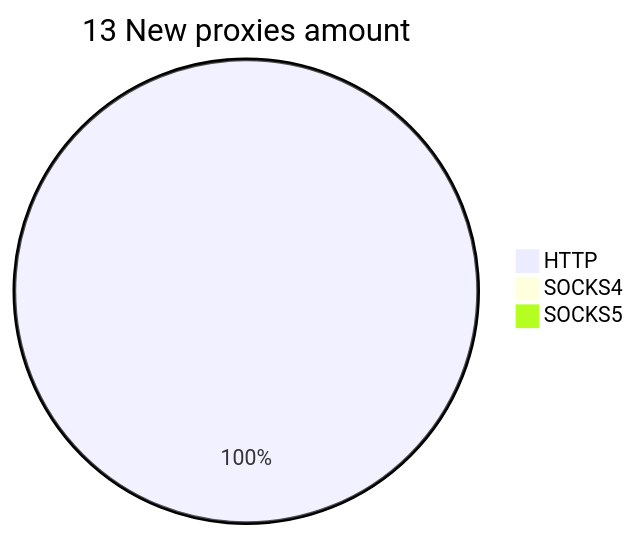
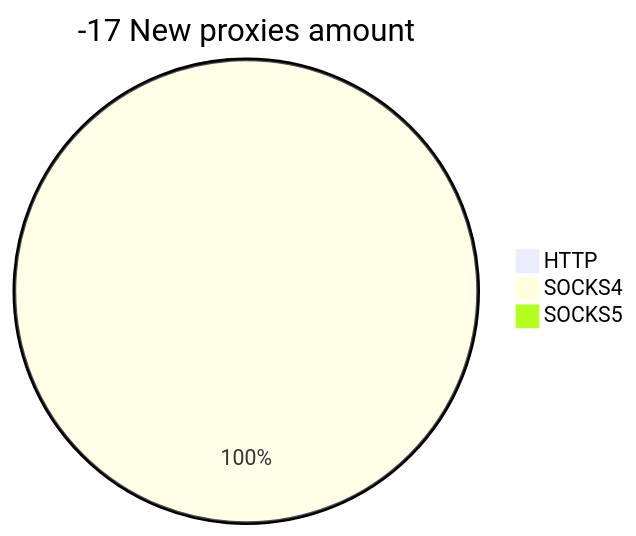
The second of 2 diagrams in README.md (cutipu/proxylist), drawn with Mermaid before and after one commit. The commit also changed other lines of this file, not shown here.

````diff
--- a/README.md
+++ b/README.md
@@ -10,6 +10,6 @@
 ```mermaid
-pie title 13 New proxies amount
-    "HTTP" : 179
-    "SOCKS4" : 0
+pie title -17 New proxies amount
+    "HTTP" : 0
+    "SOCKS4" : 40
     "SOCKS5" : 0
 ```
````
